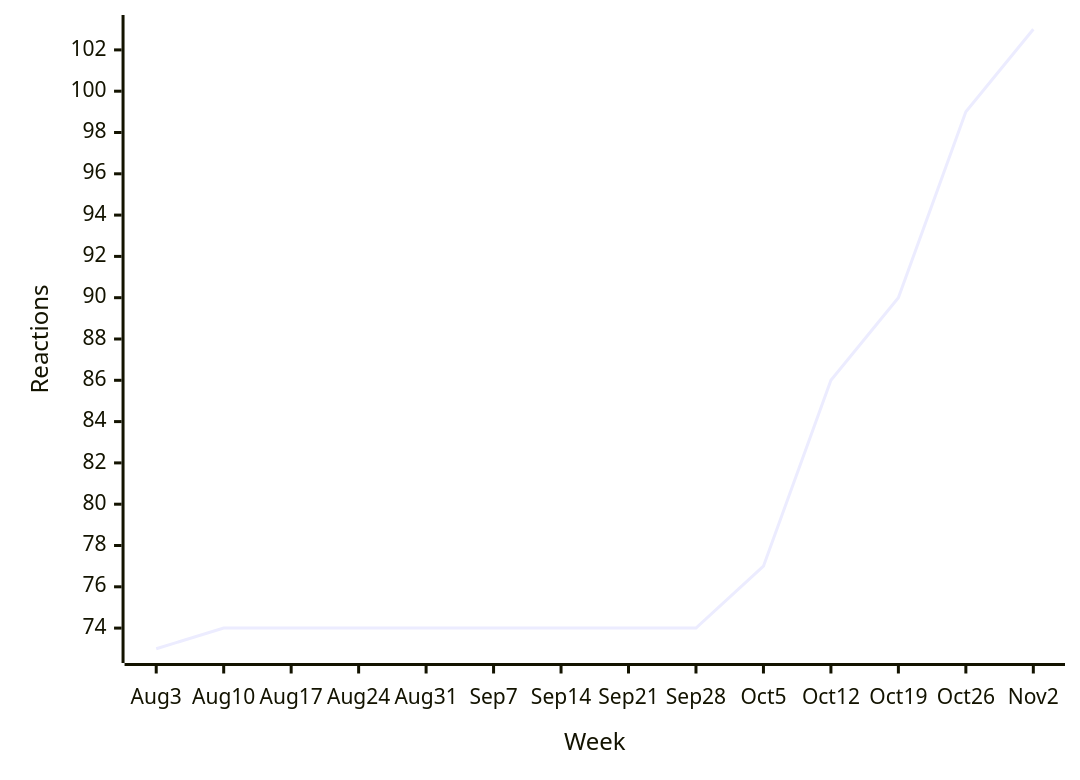
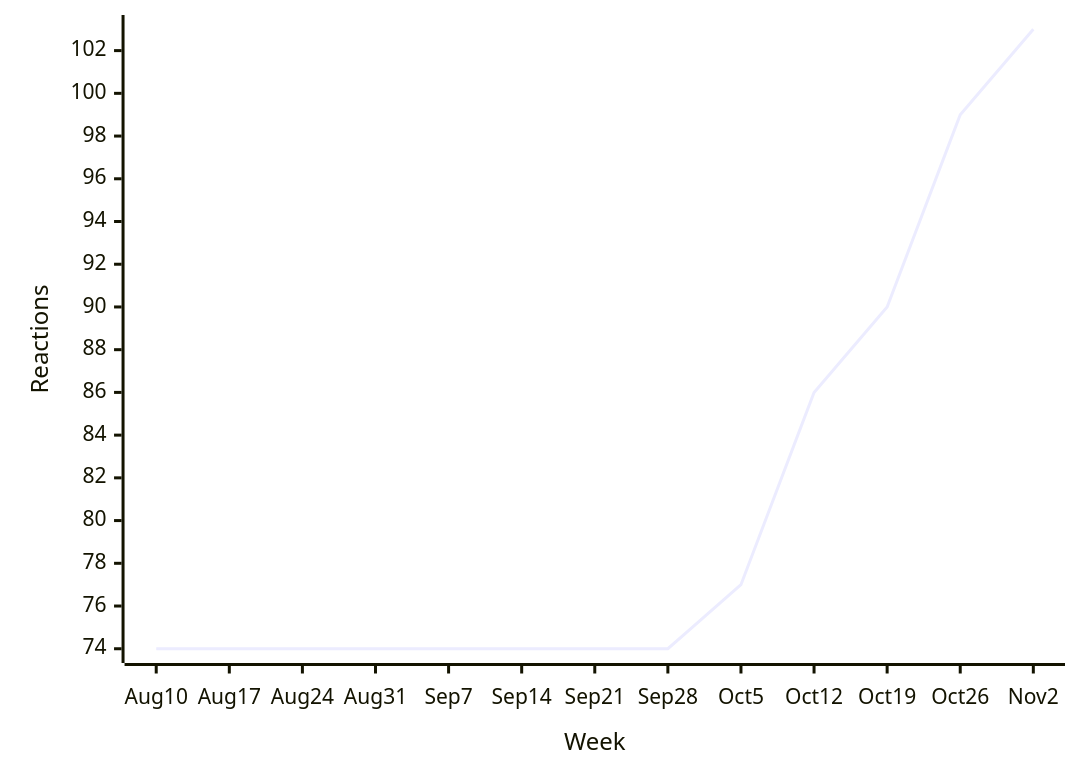
The second of 40 diagrams in README.md (loic-sharma/github-insights), drawn with Mermaid before and after one commit. The commit also changed other lines of this file and 3 other files, not shown here.

````diff
--- a/README.md
+++ b/README.md
@@ -341,6 +341,6 @@
   ```mermaid
   xychart-beta
-    x-axis "Week" [Aug 3, Aug 10, Aug 17, Aug 24, Aug 31, Sep 7, Sep 14, Sep 21, Sep 28, Oct 5, Oct 12, Oct 19, Oct 26, Nov 2]
+    x-axis "Week" [Aug 10, Aug 17, Aug 24, Aug 31, Sep 7, Sep 14, Sep 21, Sep 28, Oct 5, Oct 12, Oct 19, Oct 26, Nov 2]
     y-axis "Reactions"
-    line [73, 74, 74, 74, 74, 74, 74, 74, 74, 77, 86, 90, 99, 103]
+    line [74, 74, 74, 74, 74, 74, 74, 74, 77, 86, 90, 99, 103]
   ```
````
